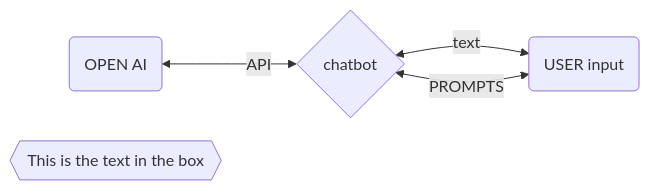
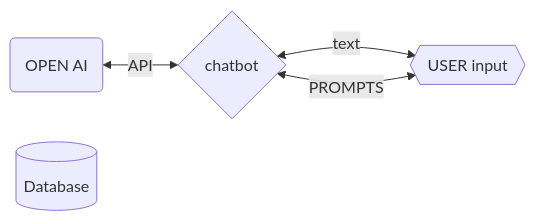
One commit to kivtechs-uml/chatbot_uml changed the diagram in README.md. Above: the diagram before and after it, drawn with Mermaid.

````diff
--- a/README.md
+++ b/README.md
@@ -5,9 +5,9 @@
 ```mermaid
 flowchart LR
-     A(OPEN AI) <-- API --> B{chatbot} <-- text --> C(USER input )
+     A(OPEN AI) <-- API --> B{chatbot} <-- text --> C{{USER input }}
      B <-- PROMPTS --> C
-      id1[(Database)]
-     id1{{This is the text in the box}}
+      D[(Database)]
+    
 
 
 ```
````
